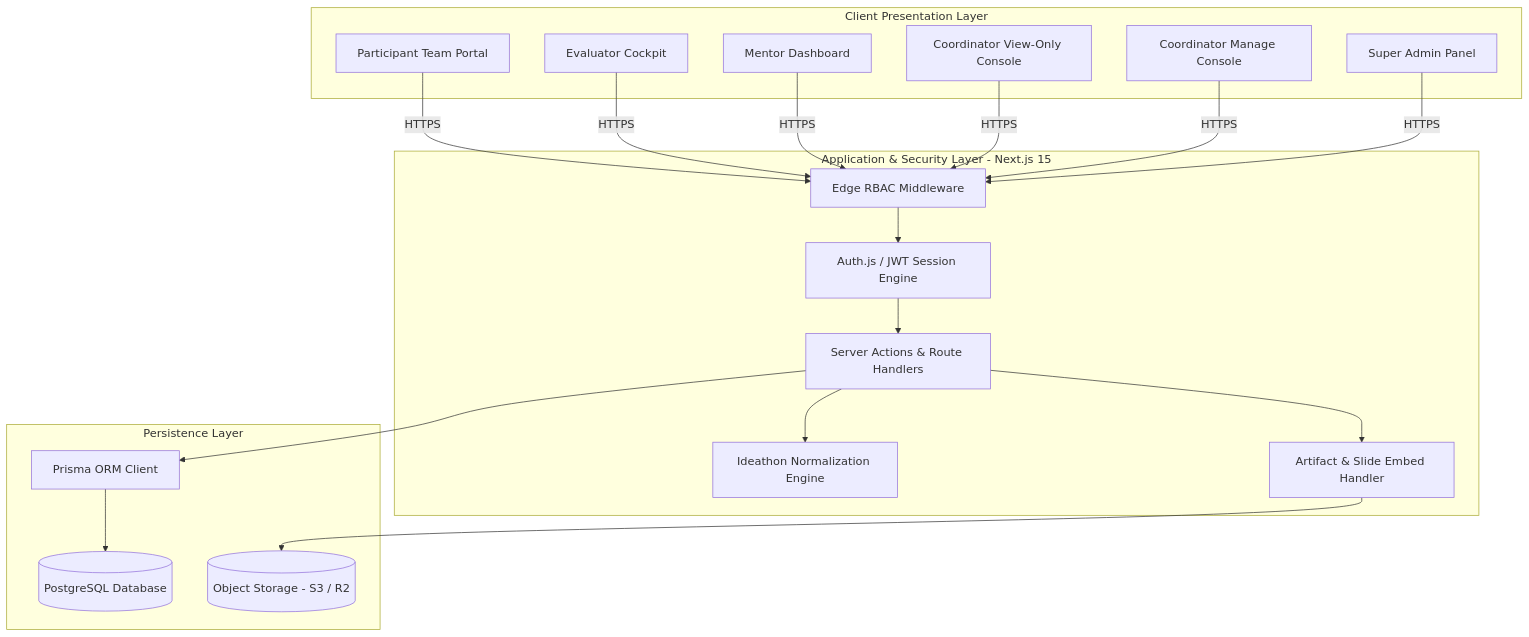
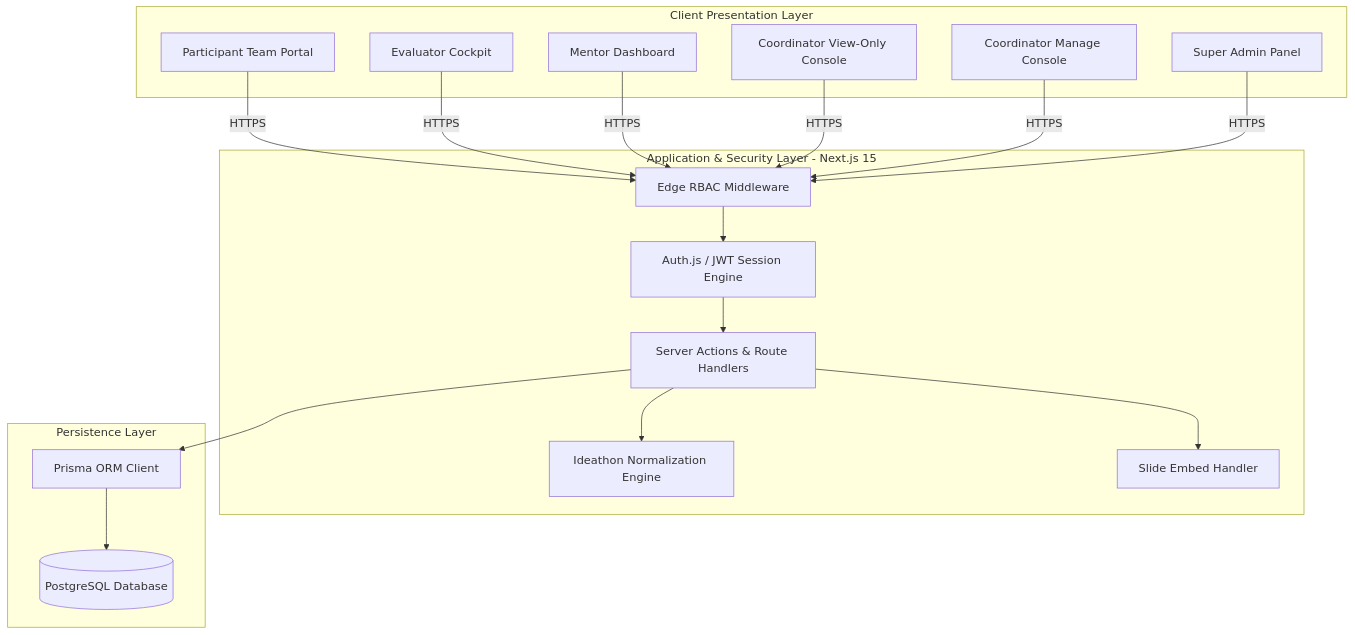
Before and after one commit to IEF-KEC-repo/HackTrack: the first of 2 diagrams in docs/06_ARCHITECTURE_AND_ADRS.md, drawn with Mermaid. The commit also changed other lines of this file and 42 other files, not shown here.

````diff
--- a/docs/06_ARCHITECTURE_AND_ADRS.md
+++ b/docs/06_ARCHITECTURE_AND_ADRS.md
@@ -13,34 +13,32 @@
 ```mermaid
 flowchart TB
     subgraph Client_Tier [Client Presentation Layer]
         P[Participant Team Portal]
         E[Evaluator Cockpit]
         M[Mentor Dashboard]
         CV[Coordinator View-Only Console]
         CM[Coordinator Manage Console]
         SA[Super Admin Panel]
     end
 
     subgraph App_Tier [Application & Security Layer - Next.js 15]
         MW[Edge RBAC Middleware]
         AUTH[Auth.js / JWT Session Engine]
         NORM[Ideathon Normalization Engine]
-        ART[Artifact & Slide Embed Handler]
+        ART[Slide Embed Handler]
         API[Server Actions & Route Handlers]
     end
 
     subgraph Data_Tier [Persistence Layer]
         PRISMA[Prisma ORM Client]
         PG[(PostgreSQL Database)]
-        STORAGE[(Object Storage - S3 / R2)]
     end
 
     P & E & M & CV & CM & SA -->|HTTPS| MW
     MW --> AUTH
     AUTH --> API
     API --> NORM
     API --> ART
     API --> PRISMA
     PRISMA --> PG
-    ART --> STORAGE
 ```
````
